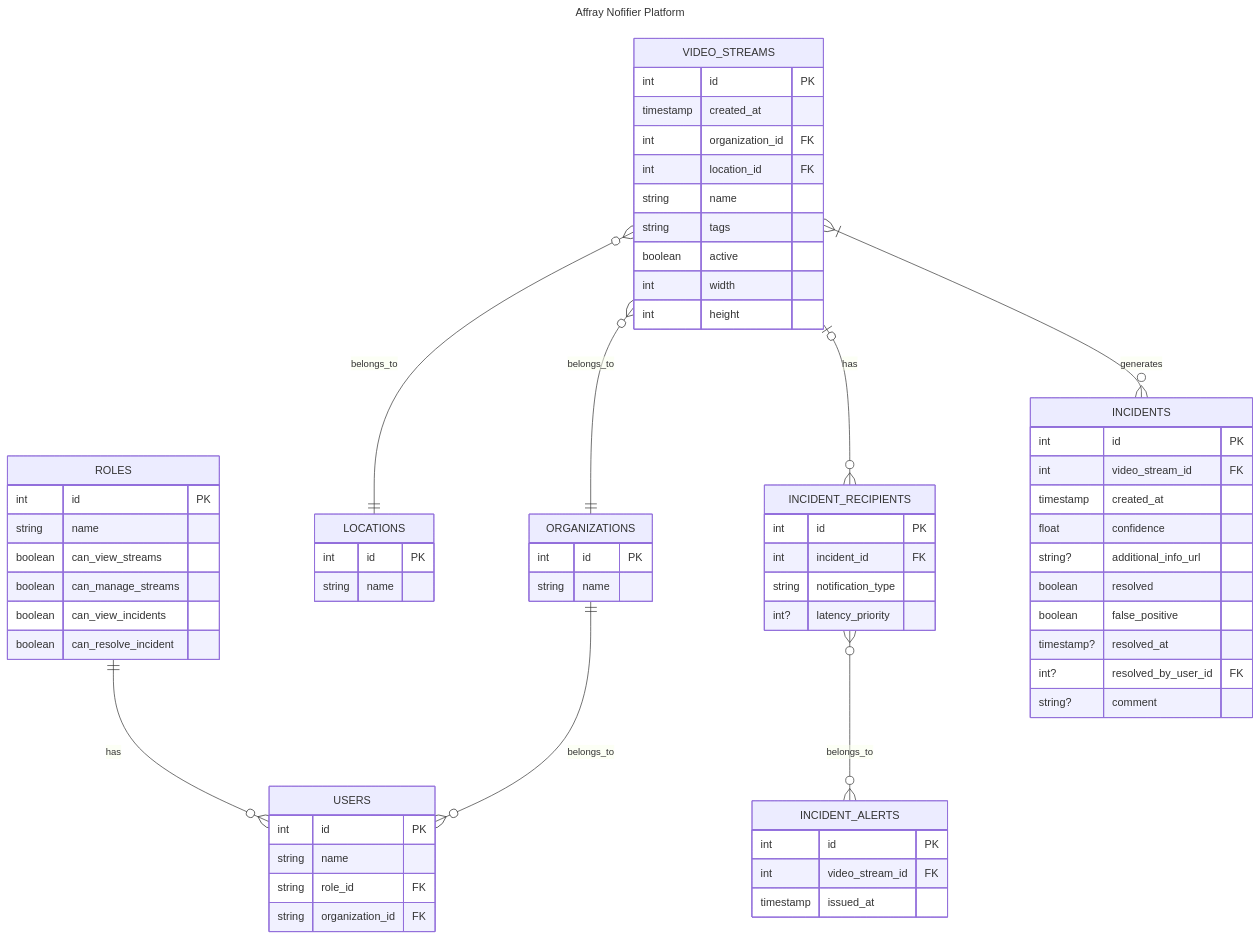
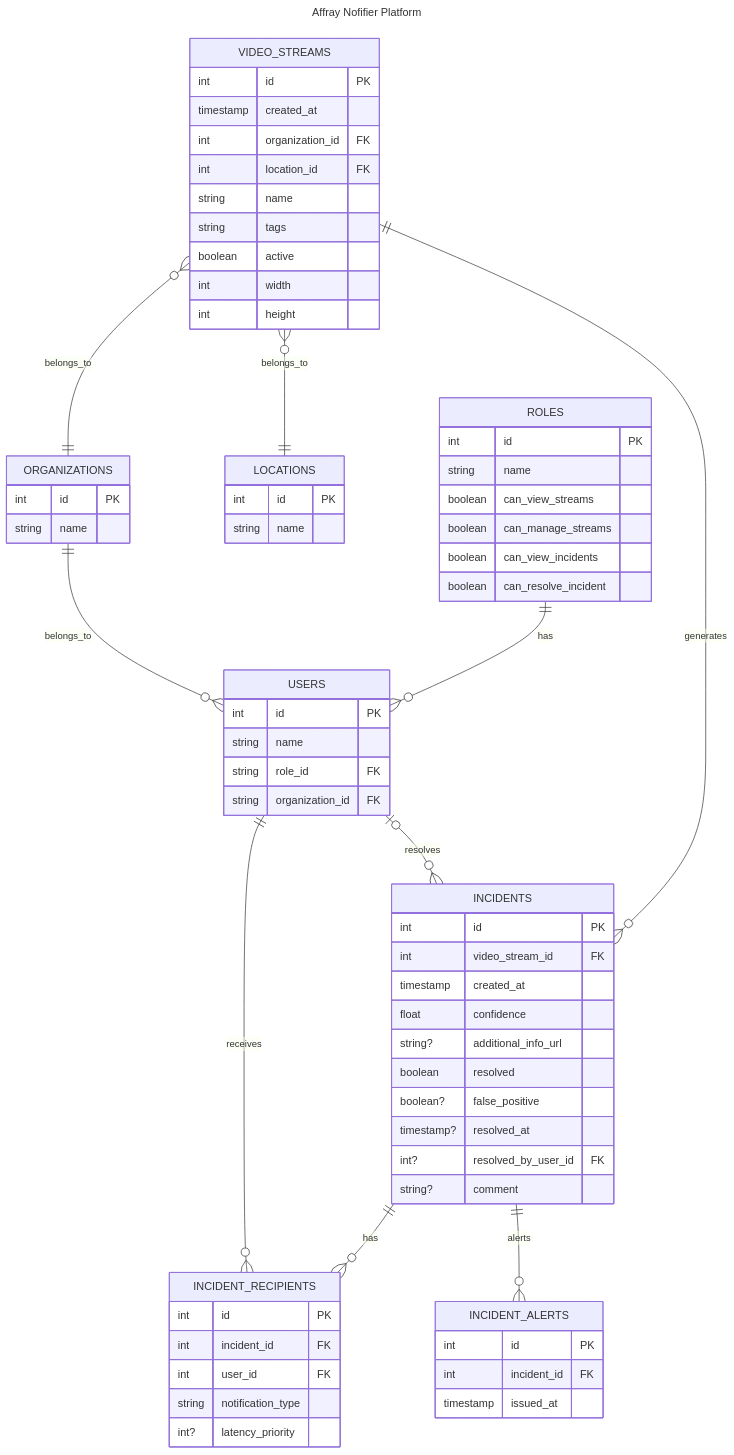
Before and after one commit to yeghor/FICE-KPI-Labs: the diagram in lab-1/er_data_model.mmd, drawn with Mermaid. The commit also changed 2 other files, not shown here.

```diff
--- a/lab-1/er_data_model.mmd
+++ b/lab-1/er_data_model.mmd
@@ -1,84 +1,86 @@
 ---
 title: Affray Nofifier Platform
 ---
 erDiagram
     VIDEO_STREAMS {
         int id PK
         timestamp created_at
         int organization_id FK
         int location_id FK
         
         string name
         string tags
         boolean active
 
         %% are used to compute ration, resolution
         int width
         int height
 
     }
 
     ORGANIZATIONS {
         int id PK
         string name
     }
 
     LOCATIONS {
         int id PK
         string name
     }
 
     USERS {
         int id PK
         string name
         string role_id FK
         string organization_id FK
     }
 
     ROLES {
         int id PK
         string name
 
         boolean can_view_streams  
         boolean can_manage_streams
         boolean can_view_incidents
         boolean can_resolve_incident
     }
 
     INCIDENT_RECIPIENTS {
         int id PK
         int incident_id FK
+        int user_id FK
         string notification_type
         int? latency_priority
     }
 
     INCIDENT_ALERTS {
         int id PK
-        int video_stream_id FK
+        int incident_id FK
         timestamp issued_at
     }
 
     INCIDENTS {
         int id PK
         int video_stream_id FK
         timestamp created_at
         float confidence
 
         string? additional_info_url
 
         boolean resolved
-        boolean false_positive
+        boolean? false_positive
         timestamp? resolved_at
         int? resolved_by_user_id FK
         string? comment
     }
 
     ROLES ||--o{ USERS : has
     ORGANIZATIONS ||--o{ USERS : belongs_to
 
     VIDEO_STREAMS }o--|| LOCATIONS : belongs_to
     VIDEO_STREAMS }o--|| ORGANIZATIONS : belongs_to
-    VIDEO_STREAMS }|--o{ INCIDENTS : generates
-    VIDEO_STREAMS |o--o{ INCIDENT_RECIPIENTS : has
-    
-    INCIDENT_RECIPIENTS }o--o{ INCIDENT_ALERTS : belongs_to
+    VIDEO_STREAMS ||--o{ INCIDENTS : generates
+    USERS |o--o{ INCIDENTS : resolves
+    INCIDENTS ||--o{ INCIDENT_RECIPIENTS : has
+    USERS ||--o{ INCIDENT_RECIPIENTS : receives
+    INCIDENTS ||--o{ INCIDENT_ALERTS : alerts
```
